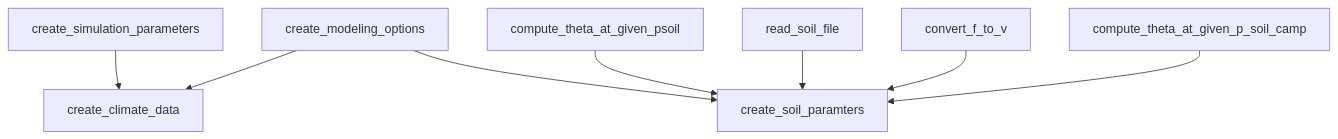
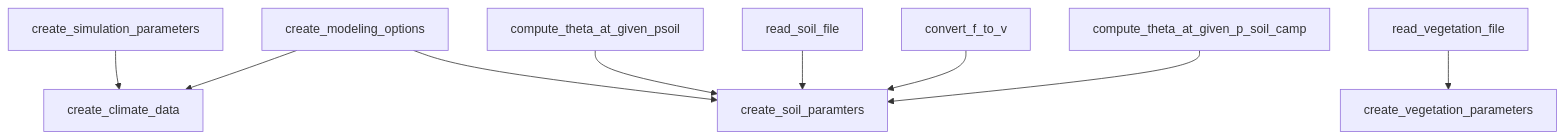
One commit to ecamo19/sureau_ecos_py changed the diagram in README.md. Above: the diagram before and after it, drawn with Mermaid. The commit also changed other lines of this file and 4 other files, not shown here.

````diff
--- a/README.md
+++ b/README.md
@@ -18,26 +19,28 @@
 ``` mermaid
     %%{init:{'themeVariables': {'primaryBorderColor': '#00758f'}}}%%
     flowchart TD;
 
         create_simulation_parameters-->create_climate_data;
         create_modeling_options-->create_climate_data;
 
         create_modeling_options-->create_soil_paramters;
         compute_theta_at_given_psoil-->create_soil_paramters;
         read_soil_file-->create_soil_paramters;
         convert_f_to_v-->create_soil_paramters;
         compute_theta_at_given_p_soil_camp-->create_soil_paramters;
+
+        read_vegetation_file-->create_vegetation_parameters;
 
 
         %% Blue color boxes -----------------------------------------------------
 
         %%style create_climate_data fill:#00758f
         %%style create_modeling_options fill:#00758f
         %%style create_simulation_parameters fill:#00758f, lineColor:#00758f
         %%style create_soil_paramters fill:#00758f
 
 
         %% Red color boxes ------------------------------------------------------
         %%style compute_theta_at_given_psoil fill:#880808
 
 ```
````
